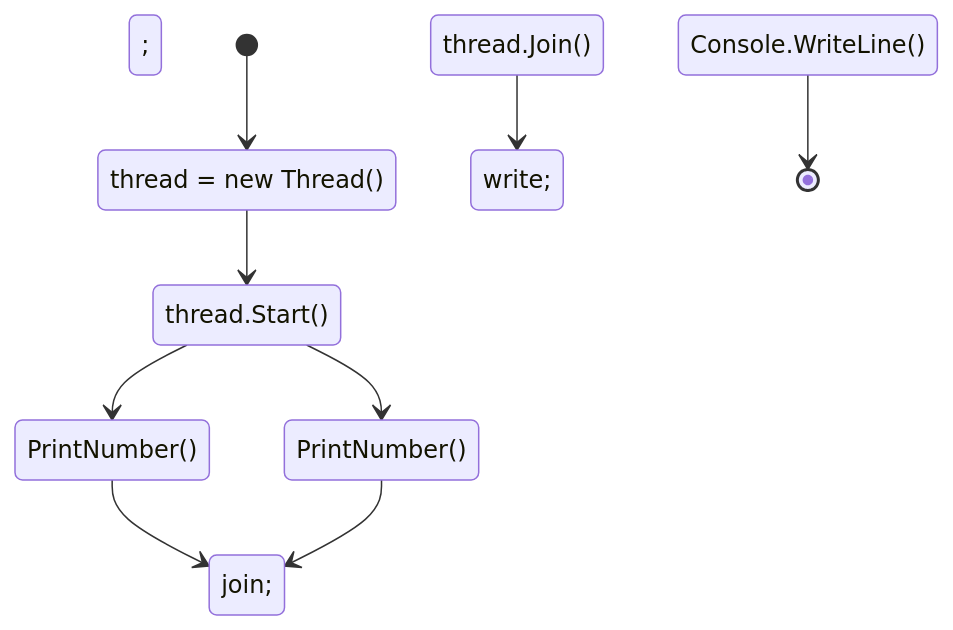
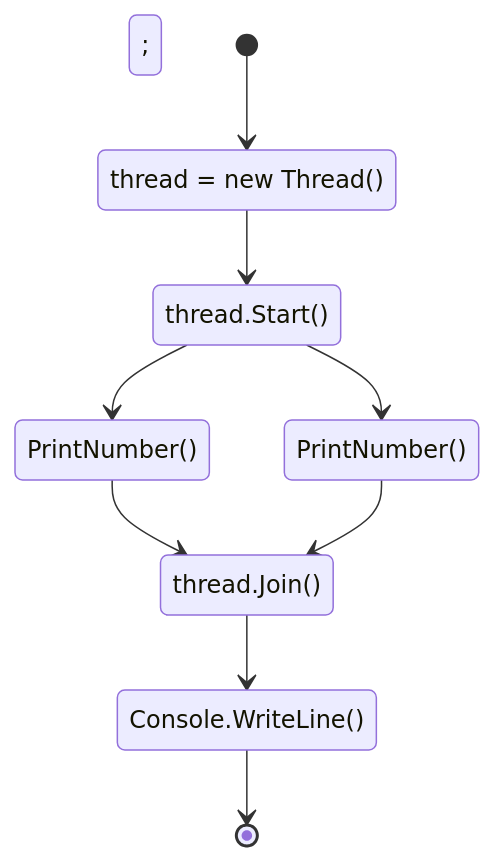
The diagram in aula_02/README.md (lupamedeiros/pjd_redes), drawn with Mermaid before and after one commit.

````diff
--- a/aula_02/README.md
+++ b/aula_02/README.md
@@ -82,17 +82,17 @@
 ```mermaid
 stateDiagram-v2 
     create : thread = new Thread();
     start : thread.Start();
     print1 : PrintNumber();
     print2 : PrintNumber();
     join : thread.Join();
     write : Console.WriteLine();
     [*] --> create
     create --> start 
     start --> print1
     start --> print2
-    print1 --> join;
-    print2 --> join;
-    join --> write;
+    print1 --> join
+    print2 --> join
+    join --> write
     write --> [*]
 ```
````
